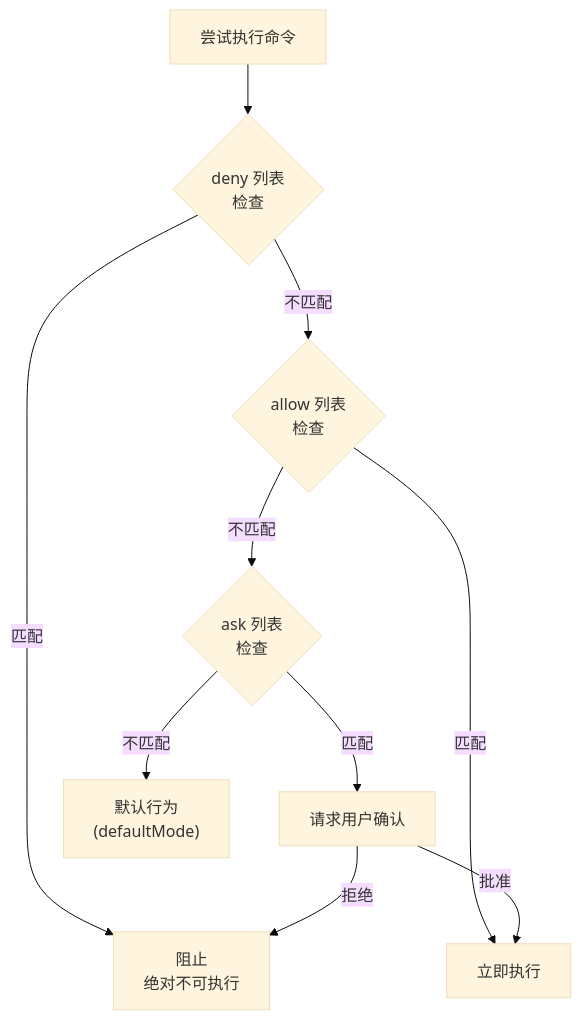
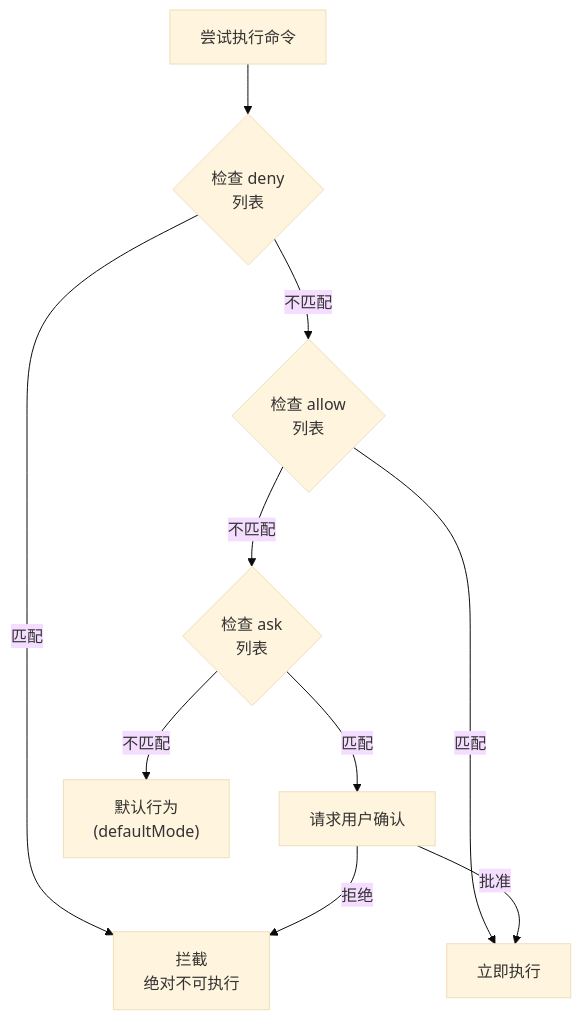
Before and after one commit to modu-ai/moai-adk: the second of 2 diagrams in docs-site/content/zh/advanced/settings-json.md, drawn with Mermaid (base theme). The commit also changed other lines of this file and 395 other files, not shown here.

````diff
--- a/docs-site/content/zh/advanced/settings-json.md
+++ b/docs-site/content/zh/advanced/settings-json.md
@@ -455,16 +455,16 @@
 ```mermaid
 flowchart TD
-    CMD["尝试执行命令"] --> CHECK_DENY{deny 列表<br>检查}
+    CMD["尝试执行命令"] --> CHECK_DENY{检查 deny<br>列表}
 
-    CHECK_DENY -->|匹配| BLOCK["阻止<br>绝对不可执行"]
-    CHECK_DENY -->|不匹配| CHECK_ALLOW{allow 列表<br>检查}
+    CHECK_DENY -->|匹配| BLOCK["拦截<br>绝对不可执行"]
+    CHECK_DENY -->|不匹配| CHECK_ALLOW{检查 allow<br>列表}
 
     CHECK_ALLOW -->|匹配| EXEC["立即执行"]
-    CHECK_ALLOW -->|不匹配| CHECK_ASK{ask 列表<br>检查}
+    CHECK_ALLOW -->|不匹配| CHECK_ASK{检查 ask<br>列表}
 
     CHECK_ASK -->|匹配| ASK["请求用户确认"]
     CHECK_ASK -->|不匹配| DEFAULT["默认行为<br>(defaultMode)"]
 
     ASK -->|批准| EXEC
     ASK -->|拒绝| BLOCK
 ```
````
